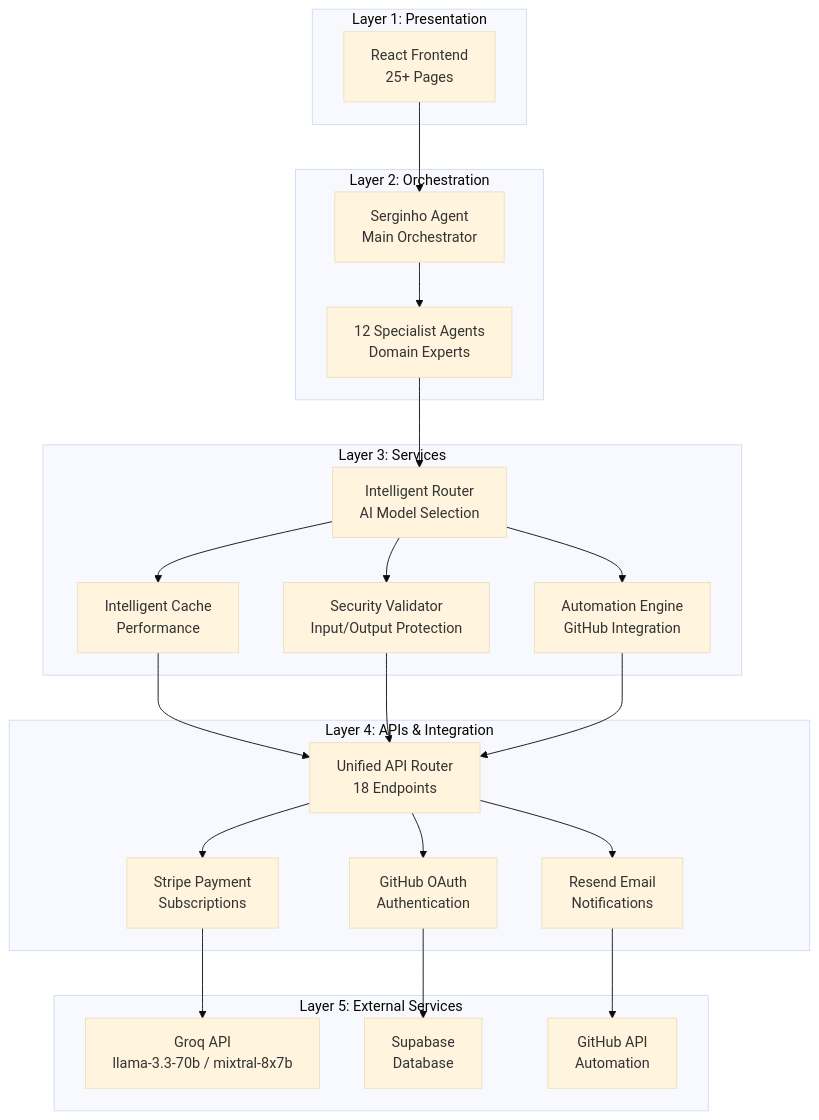
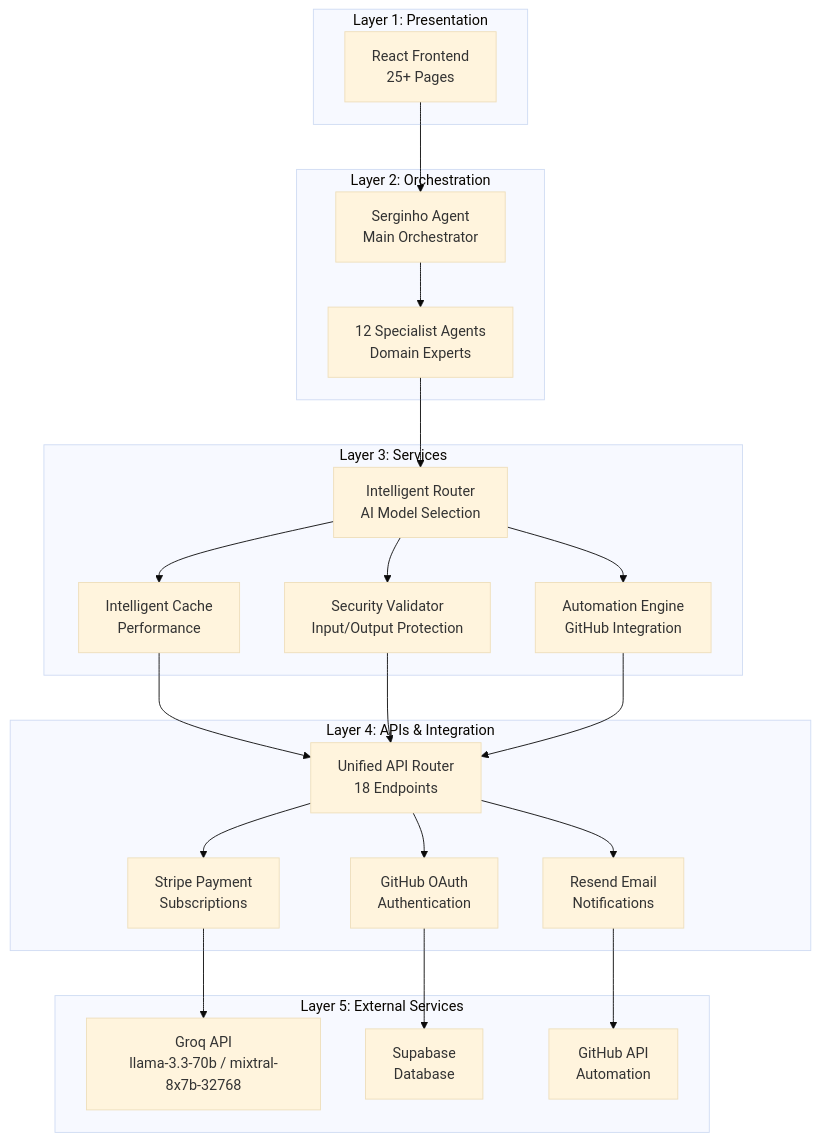
One commit to kizirianmax/rkmmax-hibrido changed the diagram in README.md. Above: the diagram before and after it, drawn with Mermaid (base theme).

Commit message:
fix: usar nome completo do modelo mixtral-8x7b-32768 no diagrama Mermaid
Agent-Logs-Url: https://github.com/kizirianmax/rkmmax-hibrido/sessions/f9e4d7ea-d924-4c42-9d94-d28e4734407e

````diff
--- a/README.md
+++ b/README.md
@@ -54,47 +54,47 @@
 ```mermaid
 graph TB
     subgraph "Layer 1: Presentation"
         UI[React Frontend<br/>25+ Pages]
     end
     
     subgraph "Layer 2: Orchestration"
         SERGINHO[Serginho Agent<br/>Main Orchestrator]
         SPECIALISTS[12 Specialist Agents<br/>Domain Experts]
     end
     
     subgraph "Layer 3: Services"
         ROUTER[Intelligent Router<br/>AI Model Selection]
         CACHE[Intelligent Cache<br/>Performance]
         SECURITY[Security Validator<br/>Input/Output Protection]
         AUTOMATION[Automation Engine<br/>GitHub Integration]
     end
     
     subgraph "Layer 4: APIs & Integration"
         API[Unified API Router<br/>18 Endpoints]
         PAYMENT[Stripe Payment<br/>Subscriptions]
         AUTH[GitHub OAuth<br/>Authentication]
         EMAIL[Resend Email<br/>Notifications]
     end
     
     subgraph "Layer 5: External Services"
-        GROQ[Groq API<br/>llama-3.3-70b / mixtral-8x7b]
+        GROQ[Groq API<br/>llama-3.3-70b / mixtral-8x7b-32768]
         SUPABASE[Supabase<br/>Database]
         GITHUB[GitHub API<br/>Automation]
     end
     
     UI --> SERGINHO
     SERGINHO --> SPECIALISTS
     SPECIALISTS --> ROUTER
     ROUTER --> CACHE
     ROUTER --> SECURITY
     ROUTER --> AUTOMATION
     CACHE --> API
     SECURITY --> API
     AUTOMATION --> API
     API --> PAYMENT
     API --> AUTH
     API --> EMAIL
     PAYMENT --> GROQ
     AUTH --> SUPABASE
     EMAIL --> GITHUB
 ```
````
